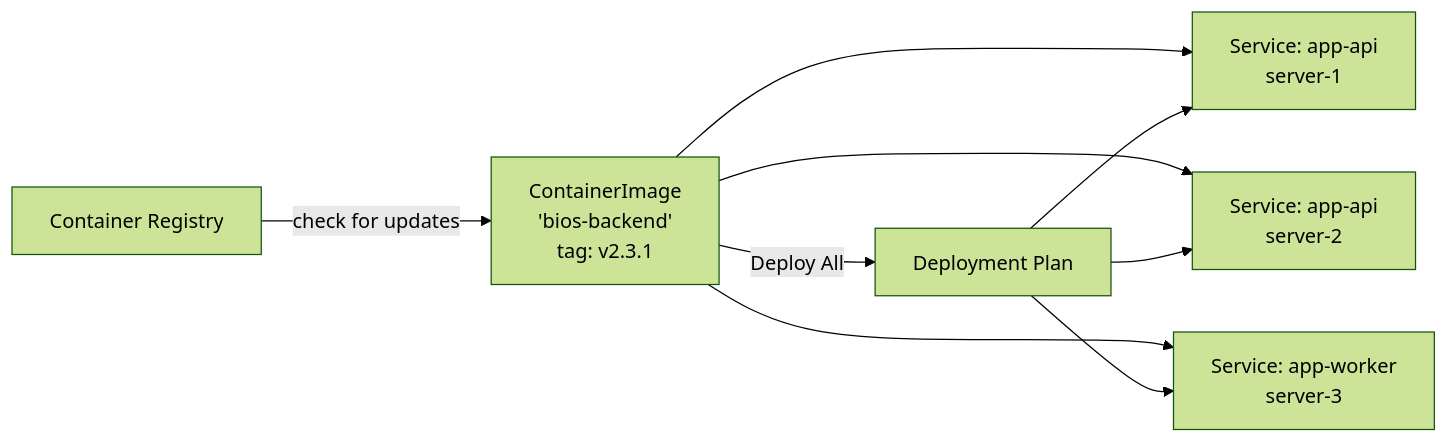
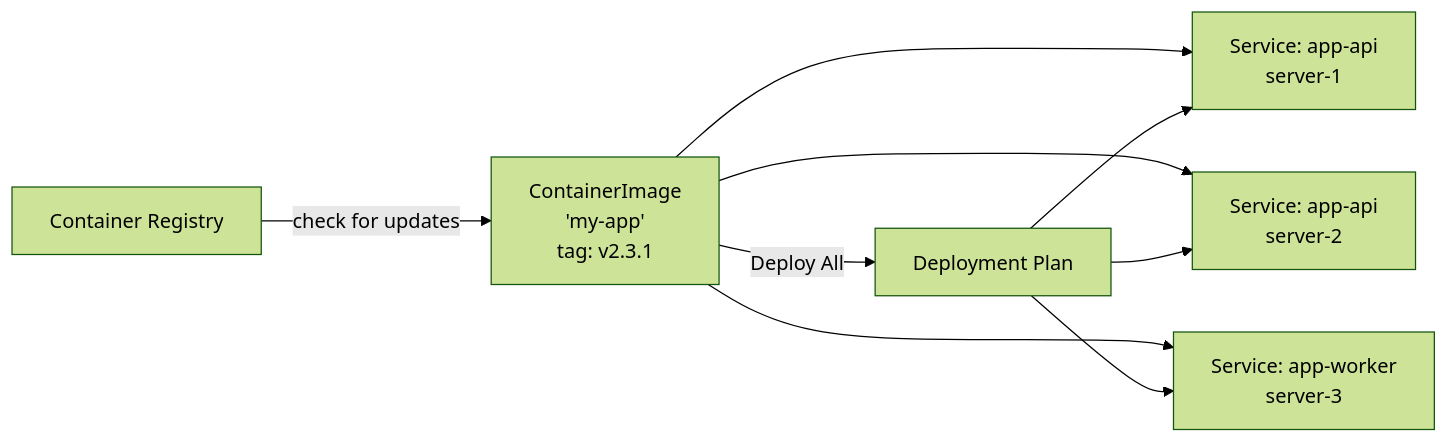
One commit to bridgeinpt/bridgeport changed the first of 2 diagrams in docs/guides/container-images.md. Above: the diagram before and after it, drawn with Mermaid (forest theme). The commit also changed other lines of this file and 102 other files, not shown here.

````diff
--- a/docs/guides/container-images.md
+++ b/docs/guides/container-images.md
@@ -37,12 +37,12 @@
 ```mermaid
 flowchart LR
-    R[Container Registry] -->|check for updates| CI[ContainerImage<br/>'bios-backend'<br/>tag: v2.3.1]
+    R[Container Registry] -->|check for updates| CI[ContainerImage<br/>'my-app'<br/>tag: v2.3.1]
     CI --> S1[Service: app-api<br/>server-1]
     CI --> S2[Service: app-api<br/>server-2]
     CI --> S3[Service: app-worker<br/>server-3]
 
     CI -->|Deploy All| DP[Deployment Plan]
     DP --> S1
     DP --> S2
     DP --> S3
 ```
````
